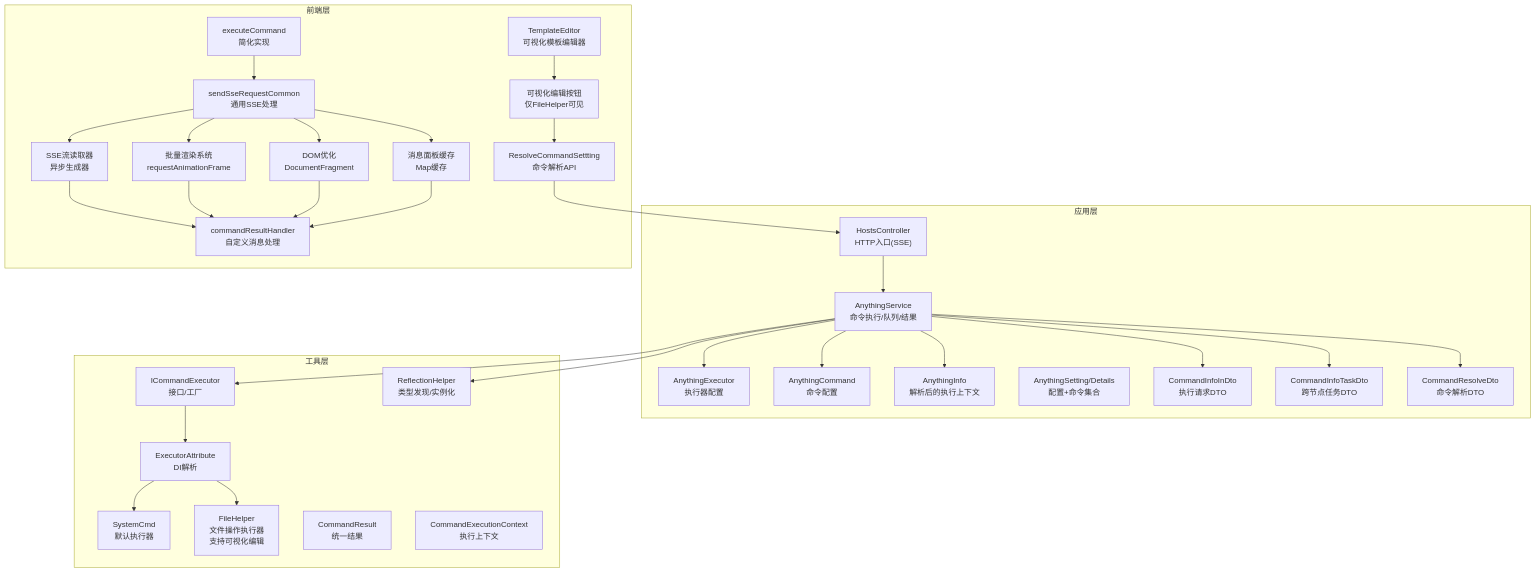
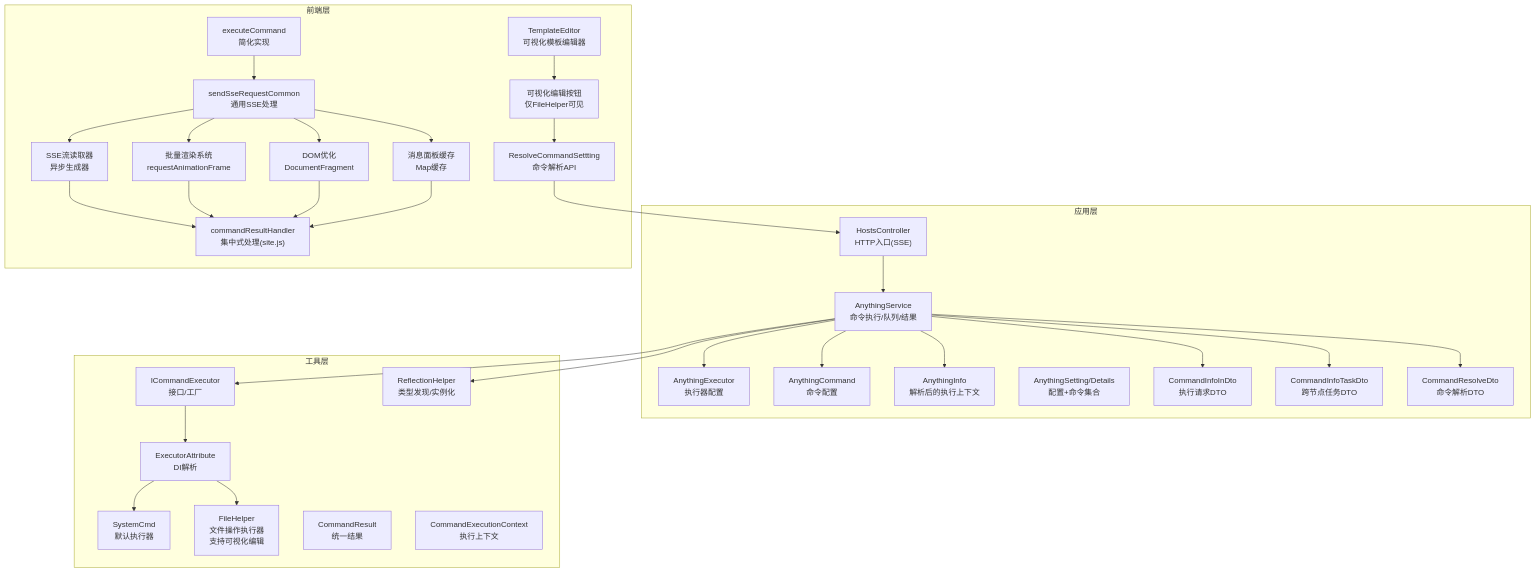
The first of 10 diagrams in .qoder/repowiki/zh/content/项目概述/核心特性/远程主机管理/命令执行器系统.md (Sosososolong/AirGo), drawn with Mermaid before and after one commit. The commit also changed other lines of this file and 6 other files, not shown here.

````diff
--- a/.qoder/repowiki/zh/content/项目概述/核心特性/远程主机管理/命令执行器系统.md
+++ b/.qoder/repowiki/zh/content/项目概述/核心特性/远程主机管理/命令执行器系统.md
@@ -79,59 +80,59 @@
 ```mermaid
 graph TB
 subgraph "应用层"
 HC["HostsController<br/>HTTP入口(SSE)"]
 AS["AnythingService<br/>命令执行/队列/结果"]
 AE["AnythingExecutor<br/>执行器配置"]
 AC["AnythingCommand<br/>命令配置"]
 AI["AnythingInfo<br/>解析后的执行上下文"]
 ASD["AnythingSetting/Details<br/>配置+命令集合"]
 CID["CommandInfoInDto<br/>执行请求DTO"]
 CTID["CommandInfoTaskDto<br/>跨节点任务DTO"]
 CRD["CommandResolveDto<br/>命令解析DTO"]
 end
 subgraph "工具层"
 ICE["ICommandExecutor<br/>接口/工厂"]
 SYS["SystemCmd<br/>默认执行器"]
 FH["FileHelper<br/>文件操作执行器<br/>支持可视化编辑"]
 EA["ExecutorAttribute<br/>DI解析"]
 RH["ReflectionHelper<br/>类型发现/实例化"]
 CR["CommandResult<br/>统一结果"]
 CEC["CommandExecutionContext<br/>执行上下文"]
 end
 subgraph "前端层"
 EXECCMD["executeCommand<br/>简化实现"]
 SSER["SSE流读取器<br/>异步生成器"]
 BATCH["批量渲染系统<br/>requestAnimationFrame"]
 DF["DOM优化<br/>DocumentFragment"]
 CACHE["消息面板缓存<br/>Map缓存"]
-CRH["commandResultHandler<br/>自定义消息处理"]
+CRH["commandResultHandler<br/>集中式处理(site.js)"]
 SSERC["sendSseRequestCommon<br/>通用SSE处理"]
 TE["TemplateEditor<br/>可视化模板编辑器"]
 VEBTN["可视化编辑按钮<br/>仅FileHelper可见"]
 RESOLVE["ResolveCommandSettting<br/>命令解析API"]
 end
 HC --> AS
 AS --> ICE
 ICE --> EA
 EA --> SYS
 EA --> FH
 AS --> RH
 AS --> AC
 AS --> AE
 AS --> AI
 AS --> CID
 AS --> CTID
 AS --> CRD
 EXECCMD --> SSERC
 SSERC --> SSER
 SSERC --> BATCH
 SSERC --> DF
 SSERC --> CACHE
 SSER --> CRH
 BATCH --> CRH
 DF --> CRH
 CACHE --> CRH
 TE --> VEBTN
 VEBTN --> RESOLVE
 RESOLVE --> HC
 ```
````
